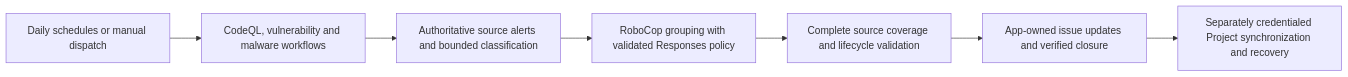
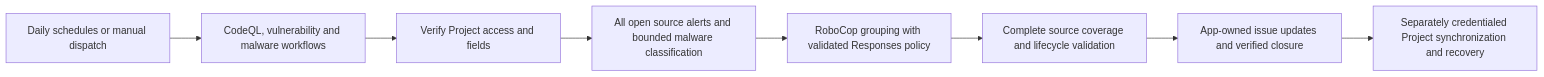
The third of 4 diagrams in .github/workflows/README.md (VanillaIceCube/MacroMapper), drawn with Mermaid before and after one commit. The commit also changed other lines of this file and 26 other files, not shown here.

````diff
--- a/.github/workflows/README.md
+++ b/.github/workflows/README.md
@@ -621,9 +624,10 @@
 ```mermaid
 flowchart LR
   Schedule[Daily schedules or manual dispatch] --> Feeds[CodeQL, vulnerability and malware workflows]
-  Feeds --> Source[Authoritative source alerts and bounded classification]
+  Feeds --> Preflight[Verify Project access and fields]
+  Preflight --> Source[All open source alerts and bounded malware classification]
   Source --> Robo[RoboCop grouping with validated Responses policy]
   Robo --> Validate[Complete source coverage and lifecycle validation]
   Validate --> Issues[App-owned issue updates and verified closure]
   Issues --> Project[Separately credentialed Project synchronization and recovery]
 ```
````
